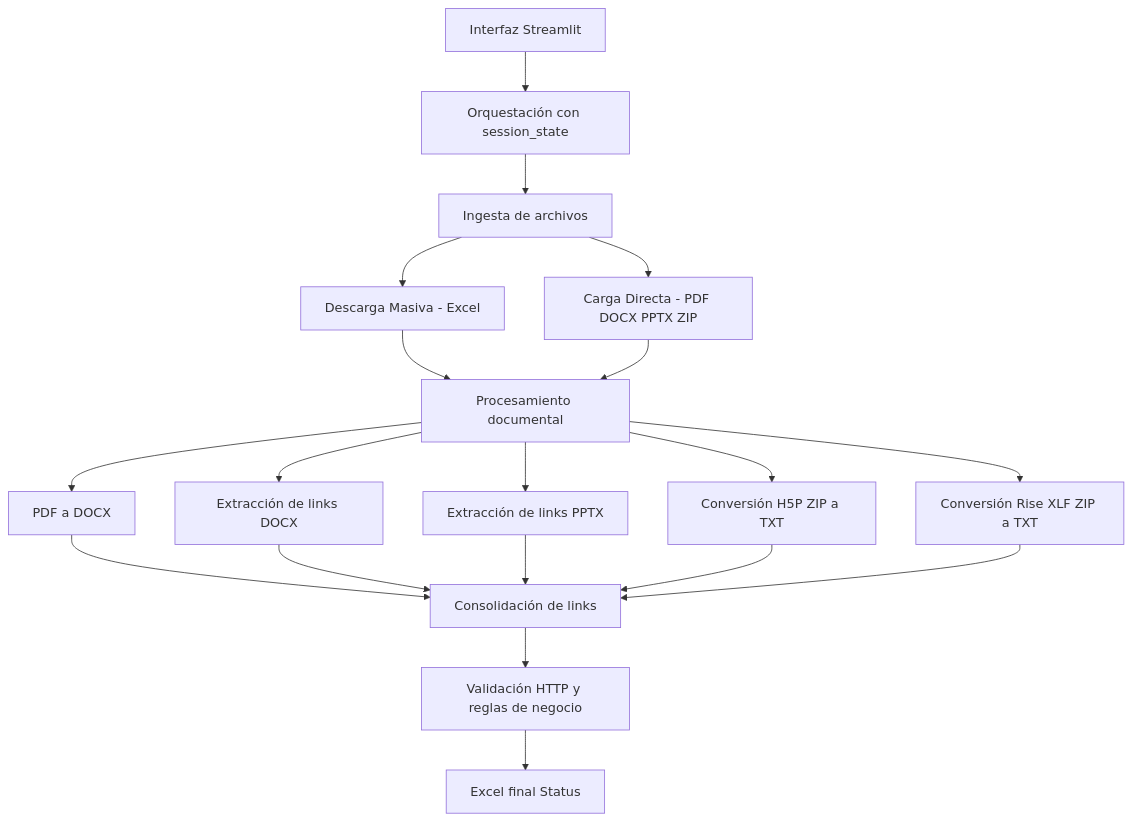
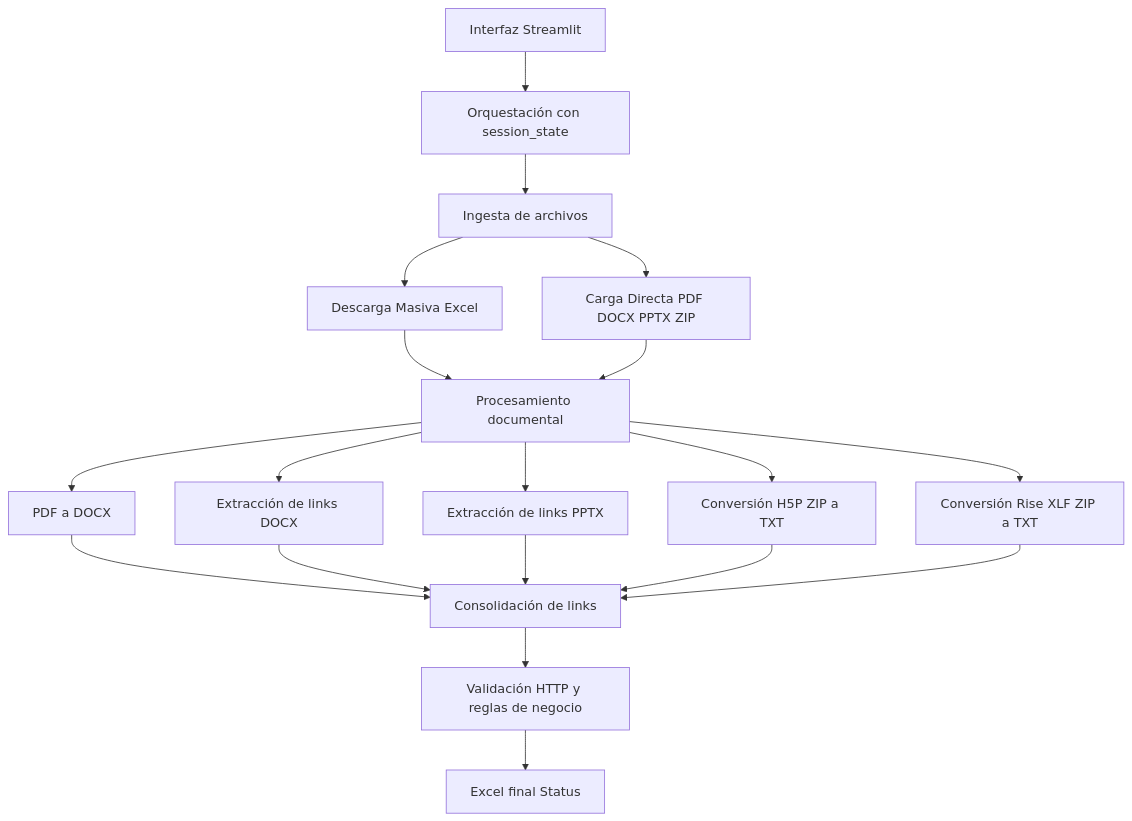
Before and after one commit to joseluisantunezcondezo/UTP_Broken_Link_Checker: the diagram in README.md, drawn with Mermaid.

Commit message:
README.md

````diff
--- a/README.md
+++ b/README.md
@@ -180,21 +180,21 @@
 ```mermaid
 flowchart TD
     A[Interfaz Streamlit] --> B[Orquestación con session_state]
     B --> C[Ingesta de archivos]
-    C --> D1[Descarga Masiva - Excel]
-    C --> D2[Carga Directa - PDF DOCX PPTX ZIP]
+    C --> D1[Descarga Masiva Excel]
+    C --> D2[Carga Directa PDF DOCX PPTX ZIP]
     D1 --> E[Procesamiento documental]
     D2 --> E
     E --> F1[PDF a DOCX]
     E --> F2[Extracción de links DOCX]
     E --> F3[Extracción de links PPTX]
     E --> F4[Conversión H5P ZIP a TXT]
     E --> F5[Conversión Rise XLF ZIP a TXT]
     F1 --> G[Consolidación de links]
     F2 --> G
     F3 --> G
     F4 --> G
     F5 --> G
     G --> H[Validación HTTP y reglas de negocio]
     H --> I[Excel final Status]
 ```
````
